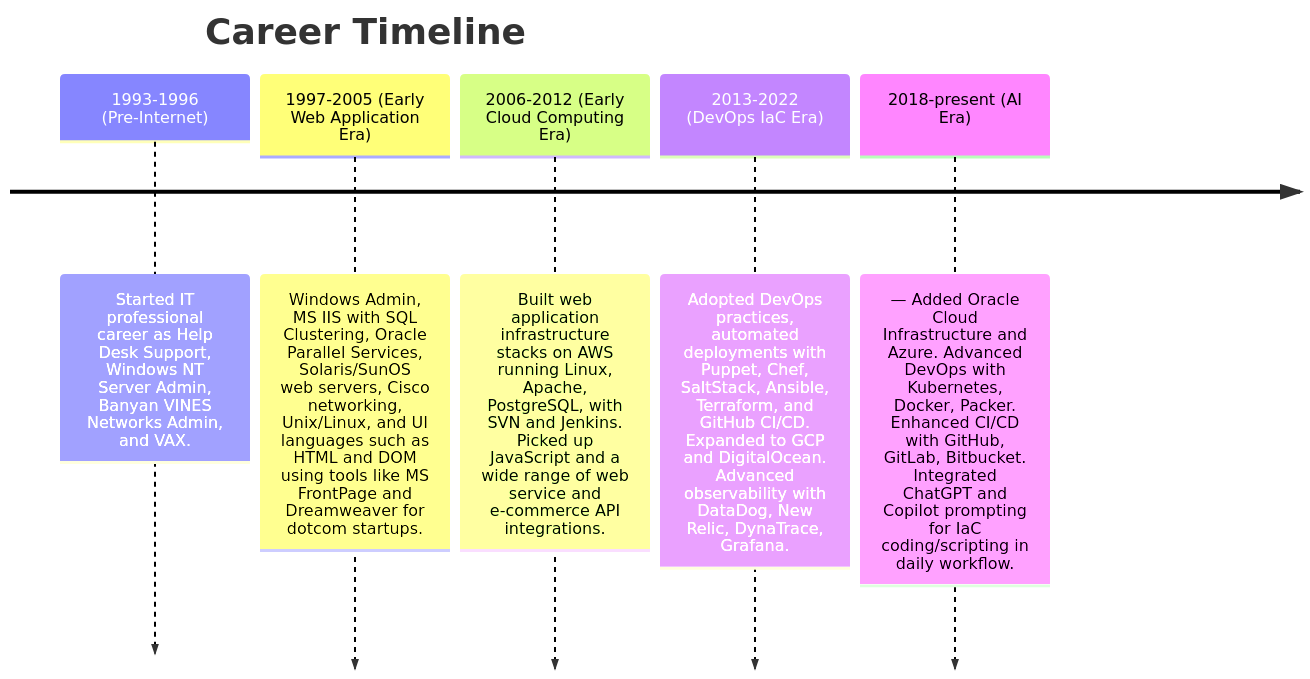
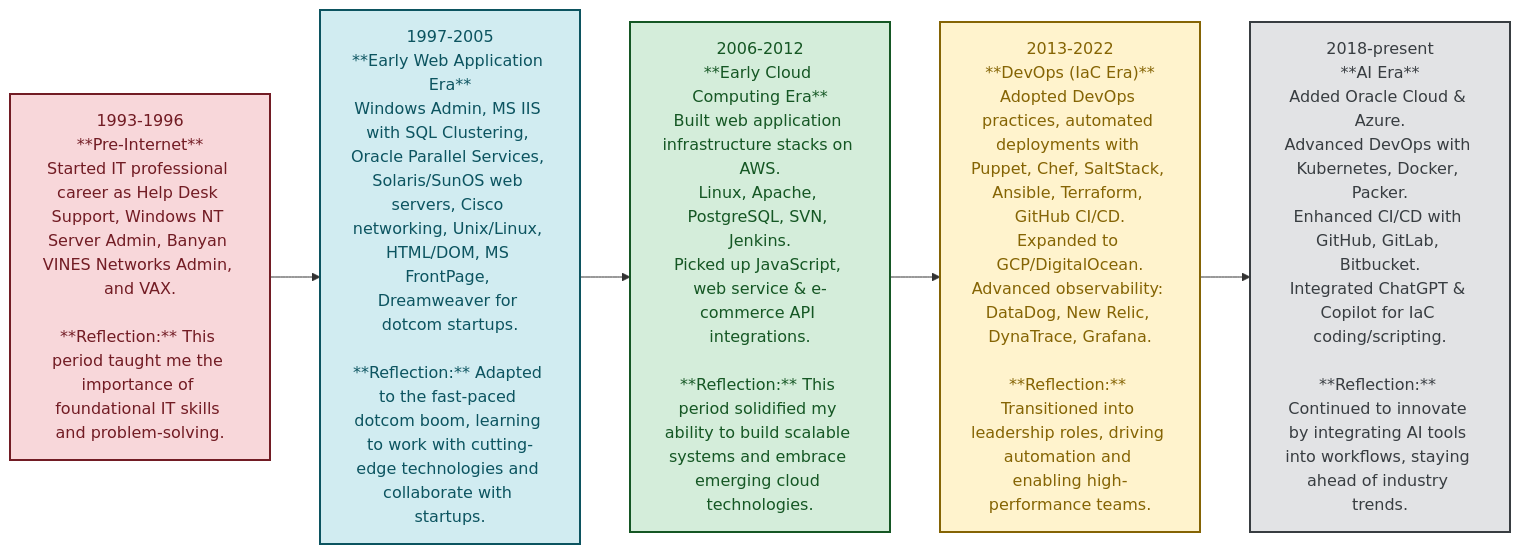
Before and after one commit to virathsem/bio: the diagram in journey-timeline.md, drawn with Mermaid. The commit also changed other lines of this file and 2 other files, not shown here.

Commit message:
add journey to bio

````diff
--- a/journey-timeline.md
+++ b/journey-timeline.md
@@ -5,10 +7,20 @@
 ```mermaid
-timeline
-    title Career Timeline
+flowchart LR
+    A["1993-1996<br/>**Pre-Internet**<br/>Started IT professional career as Help Desk Support, Windows NT Server Admin, Banyan VINES Networks Admin, and VAX.<br/><br/>**Reflection:** This period taught me the importance of foundational IT skills and problem-solving."]:::preInternet
+    B["1997-2005<br/>**Early Web Application Era**<br/>Windows Admin, MS IIS with SQL Clustering, Oracle Parallel Services, Solaris/SunOS web servers, Cisco networking, Unix/Linux, HTML/DOM, MS FrontPage, Dreamweaver for dotcom startups.<br/><br/>**Reflection:** Adapted to the fast-paced dotcom boom, learning to work with cutting-edge technologies and collaborate with startups."]:::webEra
+    C["2006-2012<br/>**Early Cloud Computing Era**<br/>Built web application infrastructure stacks on AWS.<br/>Linux, Apache, PostgreSQL, SVN, Jenkins.<br/>Picked up JavaScript, web service & e-commerce API integrations.<br/><br/>**Reflection:** This period solidified my ability to build scalable systems and embrace emerging cloud technologies."]:::cloudEra
+    D["2013-2022<br/>**DevOps (IaC Era)**<br/>Adopted DevOps practices, automated deployments with Puppet, Chef, SaltStack, Ansible, Terraform, GitHub CI/CD.<br/>Expanded to GCP/DigitalOcean.<br/>Advanced observability: DataDog, New Relic, DynaTrace, Grafana.<br/><br/>**Reflection:** Transitioned into leadership roles, driving automation and enabling high-performance teams."]:::devOpsEra
+    E["2018-present<br/>**AI Era**<br/>Added Oracle Cloud & Azure.<br/>Advanced DevOps with Kubernetes, Docker, Packer.<br/>Enhanced CI/CD with GitHub, GitLab, Bitbucket.<br/>Integrated ChatGPT & Copilot for IaC coding/scripting.<br/><br/>**Reflection:** Continued to innovate by integrating AI tools into workflows, staying ahead of industry trends."]:::aiEra
 
-    1993-1996 (Pre-Internet): Started IT professional career as Help Desk Support, Windows NT Server Admin, Banyan VINES Networks Admin, and VAX.
-    1997-2005 (Early Web Application Era): Windows Admin, MS IIS with SQL Clustering, Oracle Parallel Services, Solaris/SunOS web servers, Cisco networking, Unix/Linux, and UI languages such as HTML and DOM using tools like MS FrontPage and Dreamweaver for dotcom startups.
-    2006-2012 (Early Cloud Computing Era): Built web application infrastructure stacks on AWS running Linux, Apache, PostgreSQL, with SVN and Jenkins. Picked up JavaScript and a wide range of web service and e-commerce API integrations.
-    2013-2022 (DevOps IaC Era): Adopted DevOps practices, automated deployments with Puppet, Chef, SaltStack, Ansible, Terraform, and GitHub CI/CD. Expanded to GCP and DigitalOcean. Advanced observability with DataDog, New Relic, DynaTrace, Grafana.
-    2018-present (AI Era):  — Added Oracle Cloud Infrastructure and Azure. Advanced DevOps with Kubernetes, Docker, Packer. Enhanced CI/CD with GitHub, GitLab, Bitbucket. Integrated ChatGPT and Copilot prompting for IaC coding/scripting in daily workflow.
+    A --> B
+    B --> C
+    C --> D
+    D --> E
+
+    %% Define styles for each block with improved contrast
+    classDef preInternet fill:#f8d7da,stroke:#721c24,stroke-width:2px,color:#721c24;
+    classDef webEra fill:#d1ecf1,stroke:#0c5460,stroke-width:2px,color:#0c5460;
+    classDef cloudEra fill:#d4edda,stroke:#155724,stroke-width:2px,color:#155724;
+    classDef devOpsEra fill:#fff3cd,stroke:#856404,stroke-width:2px,color:#856404;
+    classDef aiEra fill:#e2e3e5,stroke:#383d41,stroke-width:2px,color:#383d41;
 ```
````
